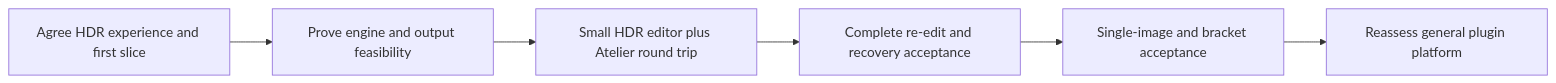
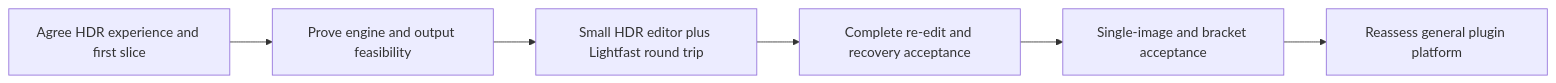
Before and after one commit to roshan-davis/atelier: the third of 3 diagrams in Requirements/Design/AT-021-Processor-Architecture.md, drawn with Mermaid. The commit also changed other lines of this file and 69 other files, not shown here.

First line of the commit message:
App name: Atelier becomes Lightfast everywhere you see it

````diff
--- a/Requirements/Design/AT-021-Processor-Architecture.md
+++ b/Requirements/Design/AT-021-Processor-Architecture.md
@@ -83,8 +83,8 @@
 ```mermaid
 flowchart LR
     Design[Agree HDR experience and first slice] --> Spike[Prove engine and output feasibility]
-    Spike --> App[Small HDR editor plus Atelier round trip]
+    Spike --> App[Small HDR editor plus Lightfast round trip]
     App --> RoundTrip[Complete re-edit and recovery acceptance]
     RoundTrip --> Acceptance[Single-image and bracket acceptance]
     Acceptance --> Later[Reassess general plugin platform]
 ```
````
